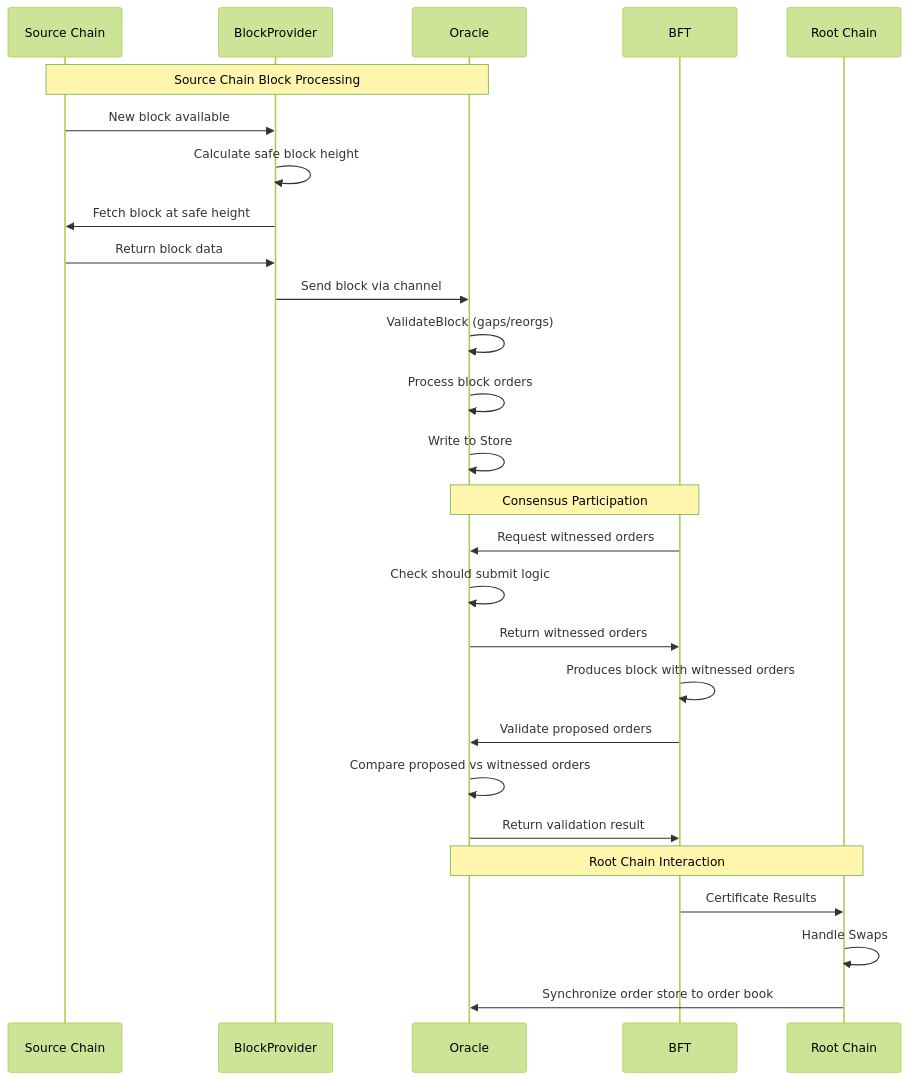
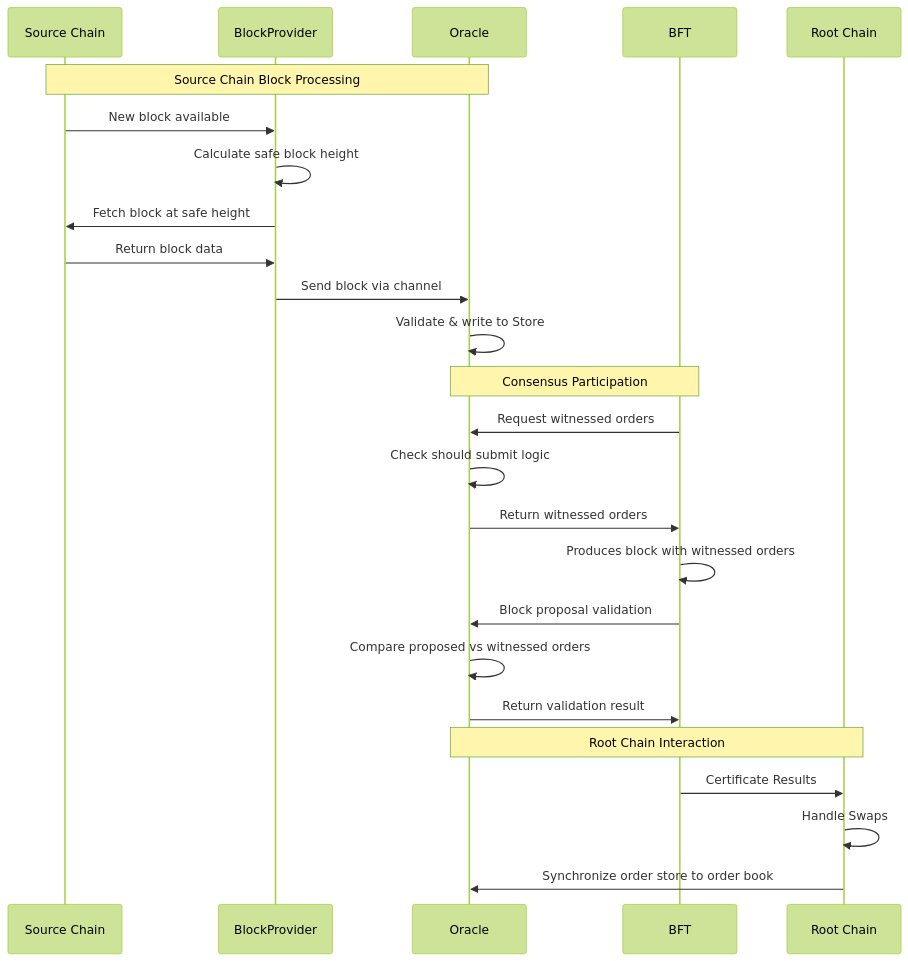
The diagram in cmd/rpc/oracle/ORACLE_FLOW.md (canopy-network/canopy), drawn with Mermaid (forest theme) before and after one commit.

````diff
--- a/cmd/rpc/oracle/ORACLE_FLOW.md
+++ b/cmd/rpc/oracle/ORACLE_FLOW.md
@@ -9,39 +9,37 @@
 ```mermaid
 sequenceDiagram
     participant SC as Source Chain
     participant BP as BlockProvider
     participant O as Oracle
     participant BFT as BFT
     participant RC as Root Chain
 
     Note over SC,O: Source Chain Block Processing
     %% Block retrieval and processing
     SC->>BP: New block available
     BP->>BP: Calculate safe block height
     BP->>SC: Fetch block at safe height
     SC->>BP: Return block data
     BP->>O: Send block via channel
     
     %% Oracle block processing
-    O->>O: ValidateBlock (gaps/reorgs)
-    O->>O: Process block orders
-    O->>O: Write to Store
+    O->>O: Validate & write to Store
     
     Note over BFT,O: Consensus Participation
     %% BFT consensus integration
     BFT->>O: Request witnessed orders
     O->>O: Check should submit logic
     O->>BFT: Return witnessed orders
     BFT->>BFT: Produces block with witnessed orders
     
     %% Block proposal validation
-    BFT->>O: Validate proposed orders
+    BFT->>O: Block proposal validation
     O->>O: Compare proposed vs witnessed orders
     O->>BFT: Return validation result
     
     Note over O,RC: Root Chain Interaction
     %% Root Chain interaction
     BFT->>RC: Certificate Results
     RC->>RC: Handle Swaps
     RC->>O: Synchronize order store to order book
 ```
````
